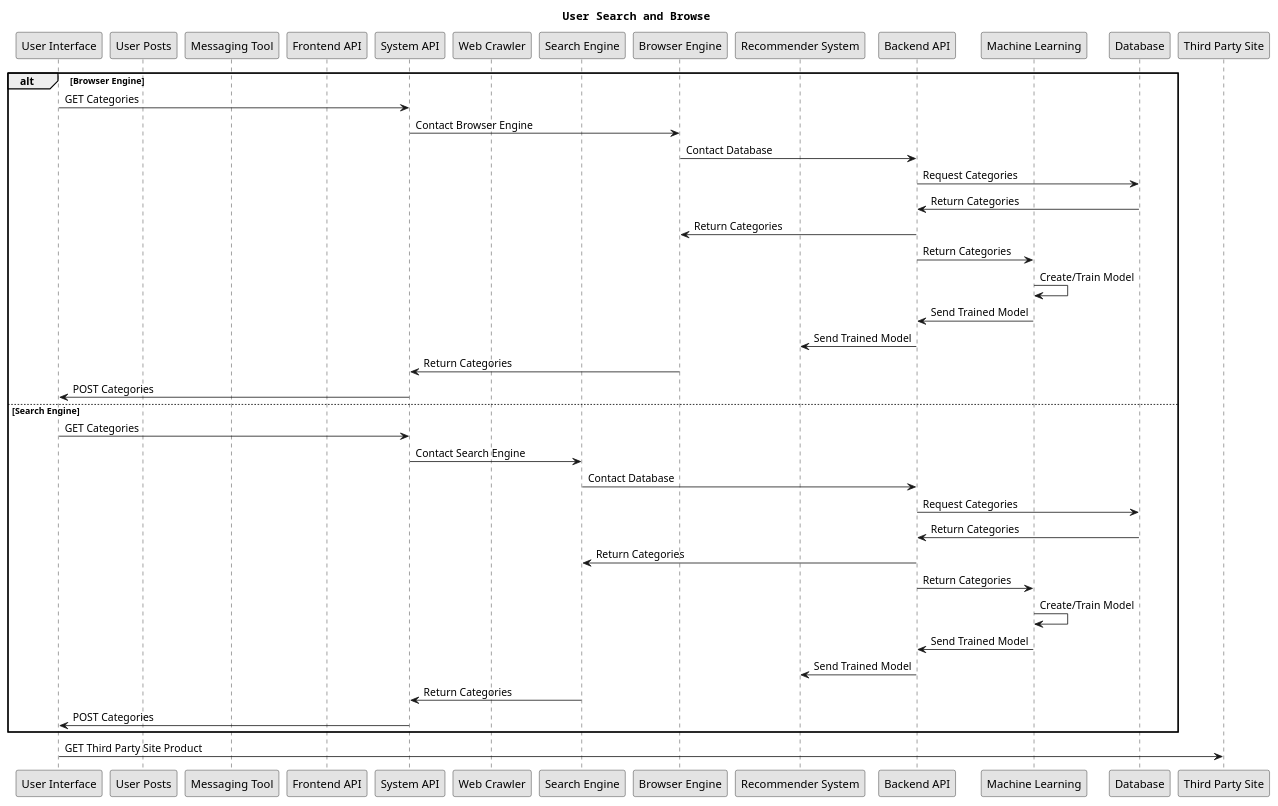
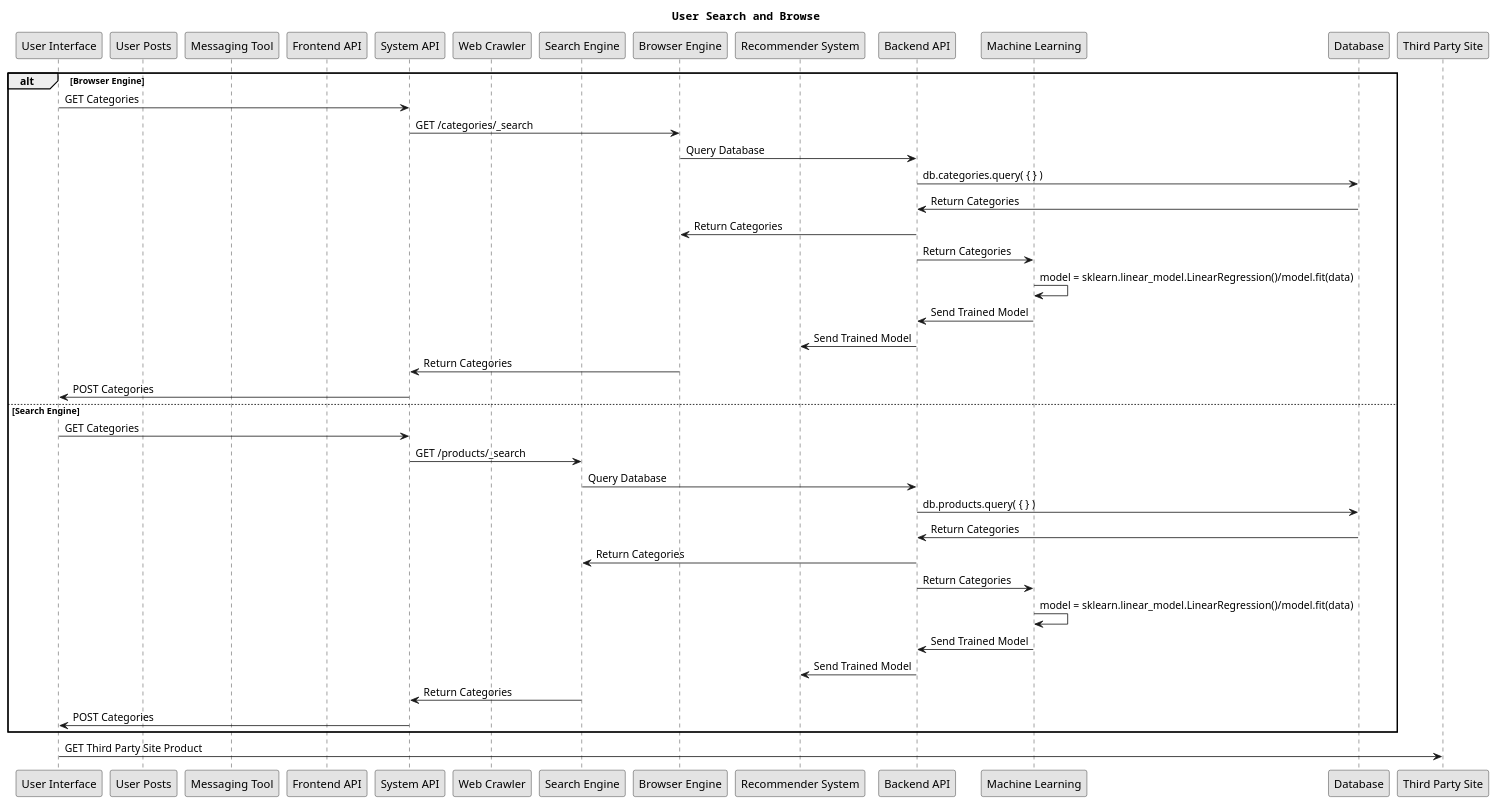
Diagram 18 of 20 in src/sa/model/index.md (USI-MSDE-SA-2022/software-architecture-model-tommi27), drawn with PlantUML before and after one commit. The commit also changed other lines of this file, not shown here.

````diff
--- a/src/sa/model/index.md
+++ b/src/sa/model/index.md
@@ -987,57 +987,57 @@
 ```puml
 @startuml
 title User Search and Browse
 
 participant "User Interface" as UI
 participant "User Posts" as UP
 participant "Messaging Tool" as MT
 participant "Frontend API" as FRAPI
 
 participant "System API" as API
 
 participant "Web Crawler" as WC
 participant "Search Engine" as SE
 participant "Browser Engine" as BE
 participant "Recommender System" as RS
 participant "Backend API" as BAPI
 participant "Machine Learning" as ML
 participant "Database" as DB
 
 participant "Third Party Site" as TPS
 
 alt Browser Engine
 UI -> API: GET Categories
-API -> BE: Contact Browser Engine
-BE -> BAPI: Contact Database
-BAPI -> DB: Request Categories
+API -> BE: GET /categories/_search
+BE -> BAPI: Query Database
+BAPI -> DB: db.categories.query( { } )
 DB -> BAPI: Return Categories
 BAPI -> BE: Return Categories
 BAPI -> ML: Return Categories
-ML -> ML: Create/Train Model
+ML -> ML: model = sklearn.linear_model.LinearRegression()/model.fit(data)
 ML -> BAPI: Send Trained Model
 BAPI -> RS: Send Trained Model
 BE -> API: Return Categories
 API -> UI: POST Categories
 
 else Search Engine
 UI -> API: GET Categories
-API -> SE: Contact Search Engine
-SE -> BAPI: Contact Database
-BAPI -> DB: Request Categories
+API -> SE: GET /products/_search
+SE -> BAPI: Query Database
+BAPI -> DB: db.products.query( { } )
 DB -> BAPI: Return Categories
 BAPI -> SE: Return Categories
 BAPI -> ML: Return Categories
-ML -> ML: Create/Train Model
+ML -> ML: model = sklearn.linear_model.LinearRegression()/model.fit(data)
 ML -> BAPI: Send Trained Model
 BAPI -> RS: Send Trained Model
 SE -> API: Return Categories
 API -> UI: POST Categories
 end
 
 UI -> TPS: GET Third Party Site Product
 
 skinparam monochrome true
 skinparam shadowing false
 skinparam defaultFontName Courier
 @enduml
 ```
````
